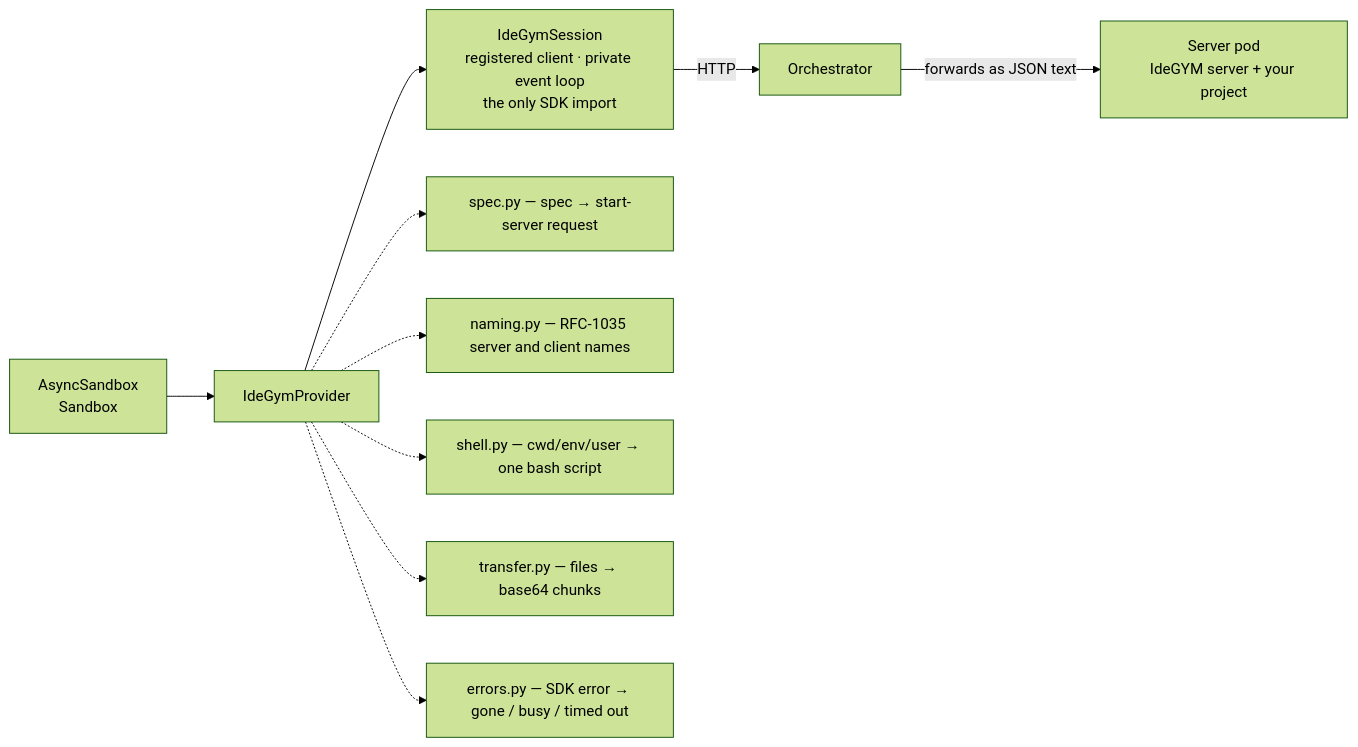
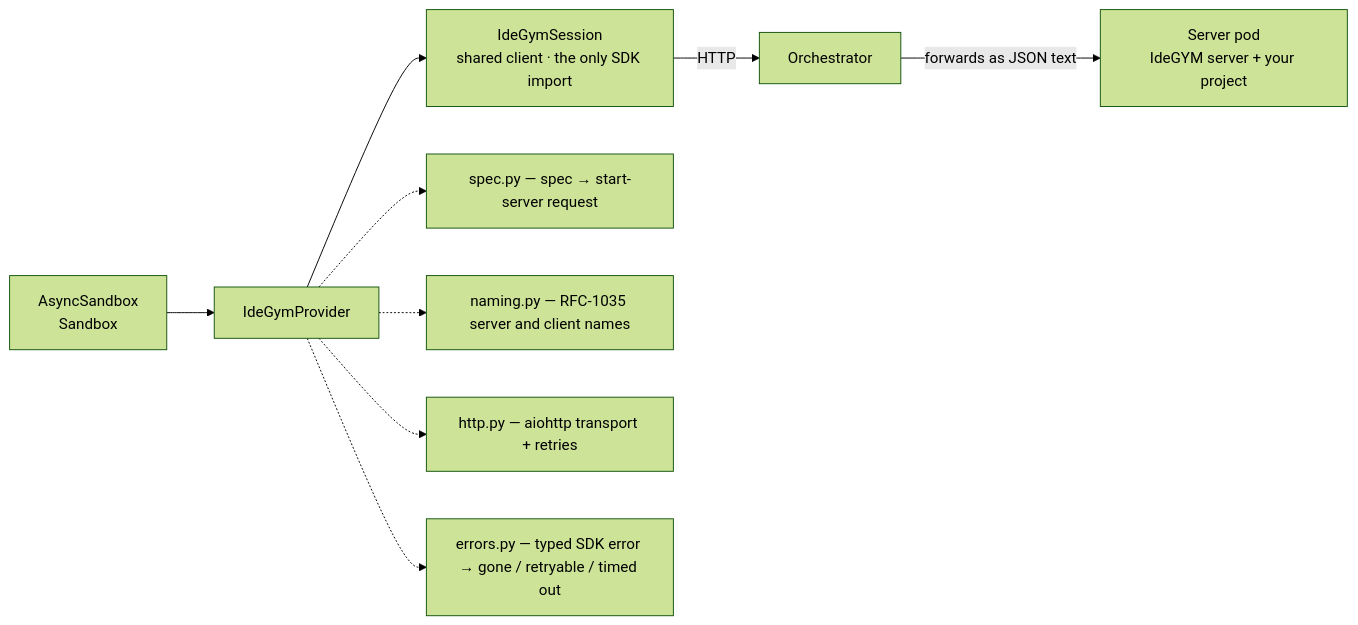
The first of 2 diagrams in nemo_gym/sandbox/providers/idegym/README.md (NVIDIA-NeMo/Gym), drawn with Mermaid (forest theme) before and after one commit. The commit also changed other lines of this file and 3 other files, not shown here.

````diff
--- a/nemo_gym/sandbox/providers/idegym/README.md
+++ b/nemo_gym/sandbox/providers/idegym/README.md
@@ -109,13 +113,12 @@
 ```mermaid
 flowchart LR
     API["AsyncSandbox<br/>Sandbox"] --> P["IdeGymProvider"]
-    P --> S["IdeGymSession<br/>registered client · private event loop<br/>the only SDK import"]
+    P --> S["IdeGymSession<br/>shared client · the only SDK import"]
     S -->|HTTP| O["Orchestrator"]
     O -->|"forwards as JSON text"| Pod["Server pod<br/>IdeGYM server + your project"]
 
     P -.-> SP["spec.py — spec → start-server request"]
     P -.-> NA["naming.py — RFC-1035 server and client names"]
-    P -.-> SH["shell.py — cwd/env/user → one bash script"]
-    P -.-> TR["transfer.py — files → base64 chunks"]
-    P -.-> ER["errors.py — SDK error → gone / busy / timed out"]
+    P -.-> HT["http.py — aiohttp transport + retries"]
+    P -.-> ER["errors.py — typed SDK error → gone / retryable / timed out"]
 ```
````
